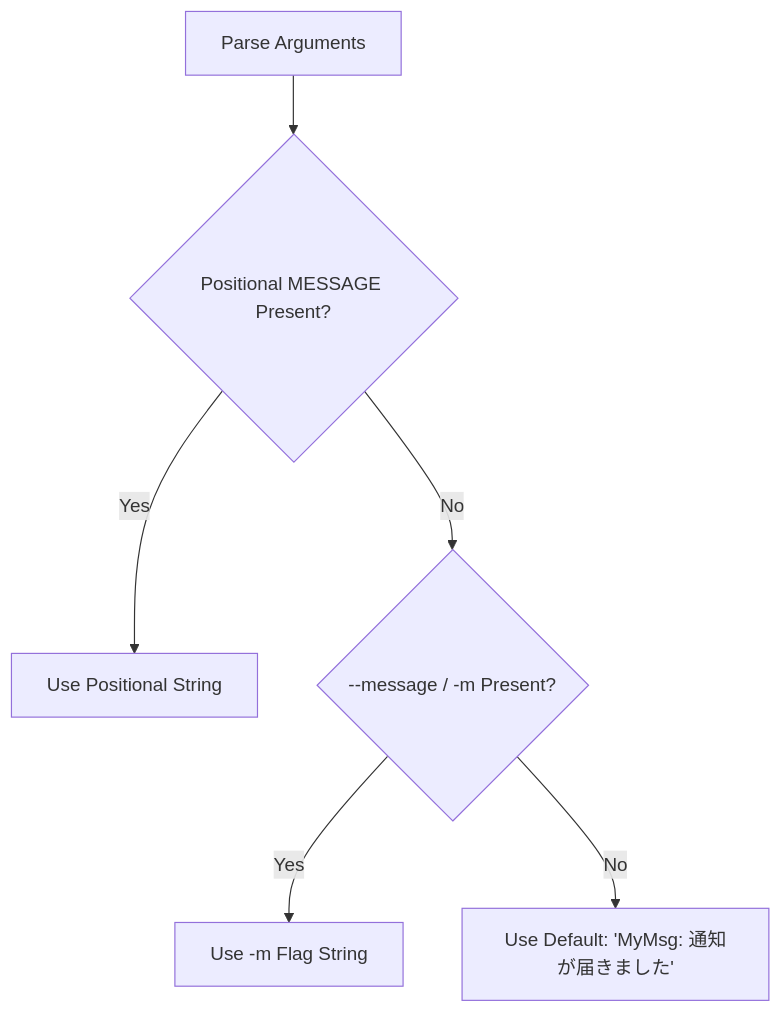
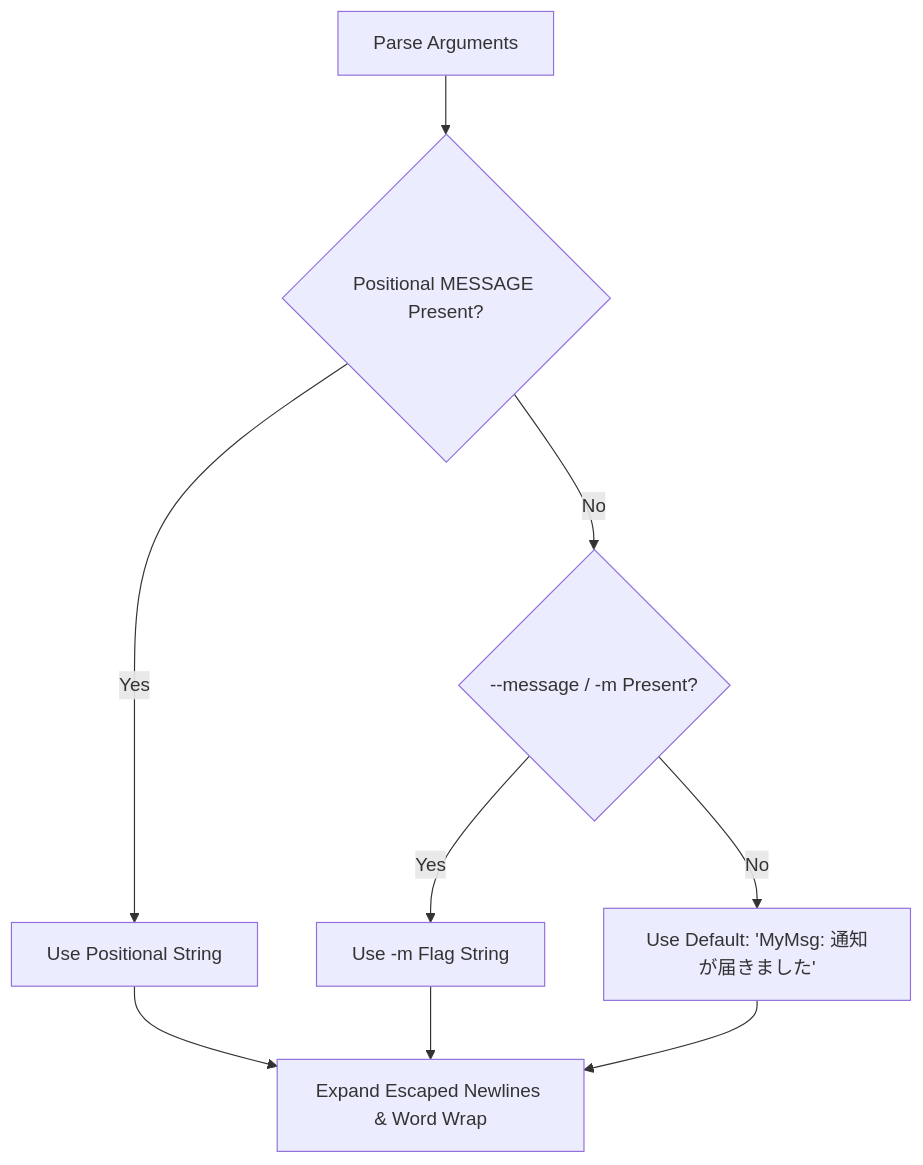
The diagram in docs/en/SPECIFICATION.md (tkshnkgwr/MyMsg), drawn with Mermaid before and after one commit. The commit also changed other lines of this file and 20 other files, not shown here.

````diff
--- a/docs/en/SPECIFICATION.md
+++ b/docs/en/SPECIFICATION.md
@@ -52,8 +60,11 @@
 ```mermaid
 graph TD
     A[Parse Arguments] --> B{Positional MESSAGE Present?}
     B -- Yes --> C[Use Positional String]
     B -- No --> D{--message / -m Present?}
     D -- Yes --> E[Use -m Flag String]
     D -- No --> F[Use Default: 'MyMsg: 通知が届きました']
+    C --> G[Expand Escaped Newlines & Word Wrap]
+    E --> G
+    F --> G
 ```
````
